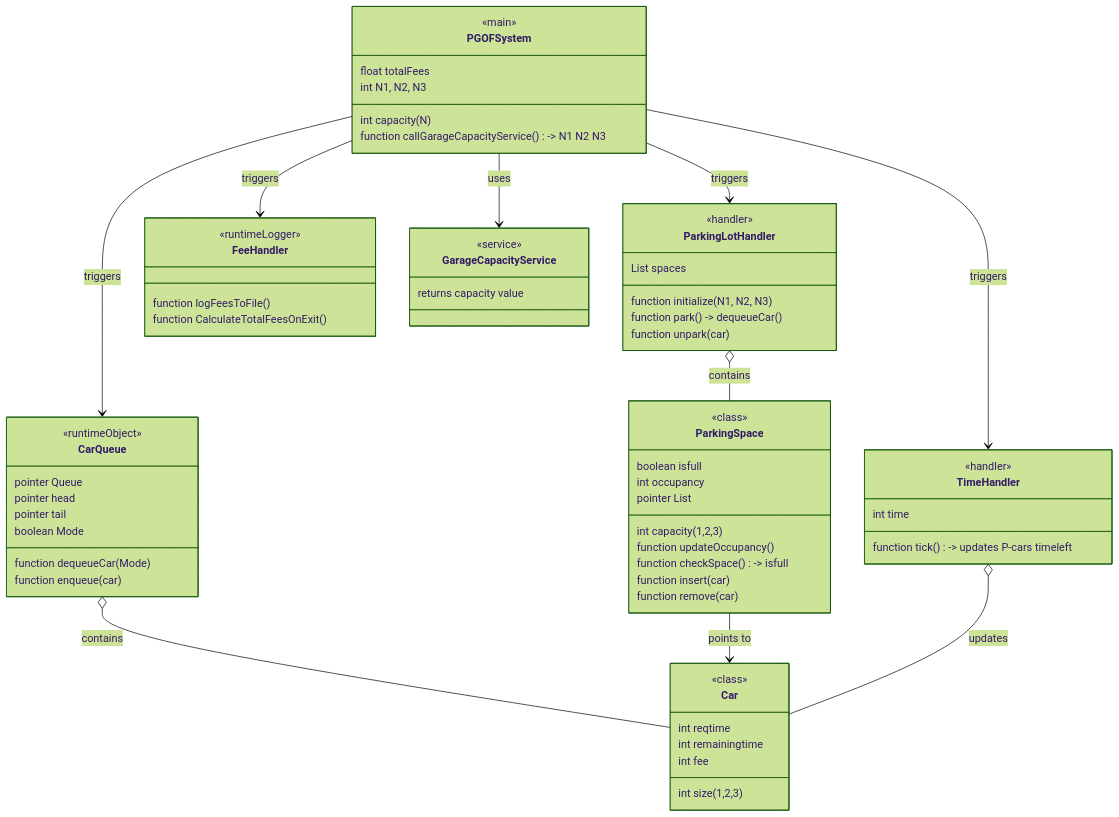
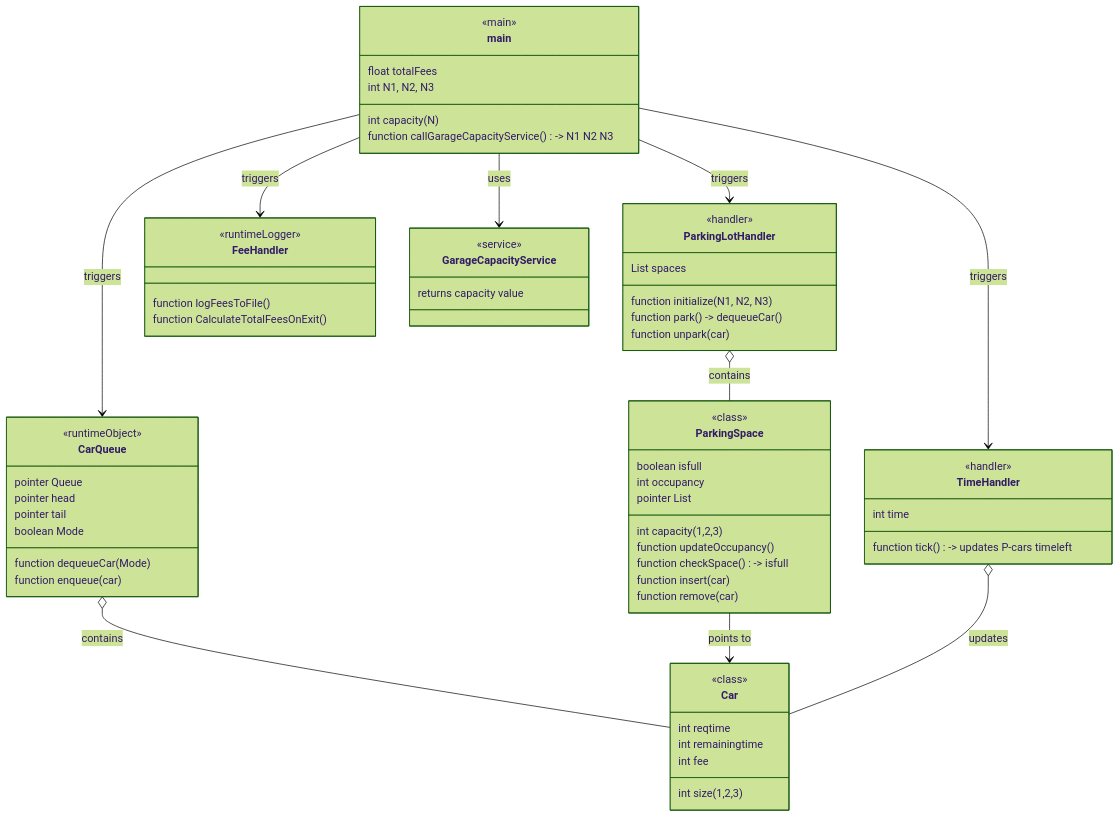
One commit to sanleches/PGOF changed the first of 2 diagrams in design.md. Above: the diagram before and after it, drawn with Mermaid (forest theme). The commit also changed other lines of this file and 17 other files, not shown here.

````diff
--- a/design.md
+++ b/design.md
@@ -20,79 +20,79 @@
 ```mermaid
 classDiagram
-    class PGOFSystem {
+    class main {
         <<main>>
         float totalFees
         int capacity (N)
         int N1, N2, N3
         function callGarageCapacityService() -> N1 N2 N3
     }
 
     class ParkingLotHandler {
         <<handler>>
         List<ParkingSpace> spaces
         function initialize(N1, N2, N3)
         function park() -> dequeueCar()
         function unpark(car)
     }
 
     class ParkingSpace {
         <<class>>
         int capacity (1,2,3)
         boolean isfull
         int occupancy
         
         pointer List<Car>
         
         function updateOccupancy()
         function checkSpace() -> isfull
         function insert(car)
         function remove(car)
     }
 
     class TimeHandler {
         <<handler>>
         int time
 
         function tick() -> updates P-cars timeleft
     }
 
     class Car {
         <<class>>
         int reqtime
         int remainingtime
         int size (1,2,3)
         int fee
     }
 
     class CarQueue {
         <<runtimeObject>>
         pointer Queue<Car>
         pointer head
         pointer tail
         boolean Mode
 
         function dequeueCar(Mode)
         function enqueue(car)
     }
 
     class FeeHandler {
         <<runtimeLogger>>
         function logFeesToFile()
         function CalculateTotalFeesOnExit()
     }
 
     class GarageCapacityService {
         <<service>>
         returns capacity value
     }
 
-    PGOFSystem --> ParkingLotHandler : triggers
-    PGOFSystem --> CarQueue : triggers
-    PGOFSystem --> FeeHandler : triggers
-    PGOFSystem --> TimeHandler : triggers
-    PGOFSystem --> GarageCapacityService : uses
+    main --> ParkingLotHandler : triggers
+    main --> CarQueue : triggers
+    main --> FeeHandler : triggers
+    main --> TimeHandler : triggers
+    main --> GarageCapacityService : uses
     ParkingLotHandler o-- ParkingSpace : contains
     CarQueue o-- Car : contains
     ParkingSpace --> Car : points to
     TimeHandler o-- Car : updates
 ```
````
